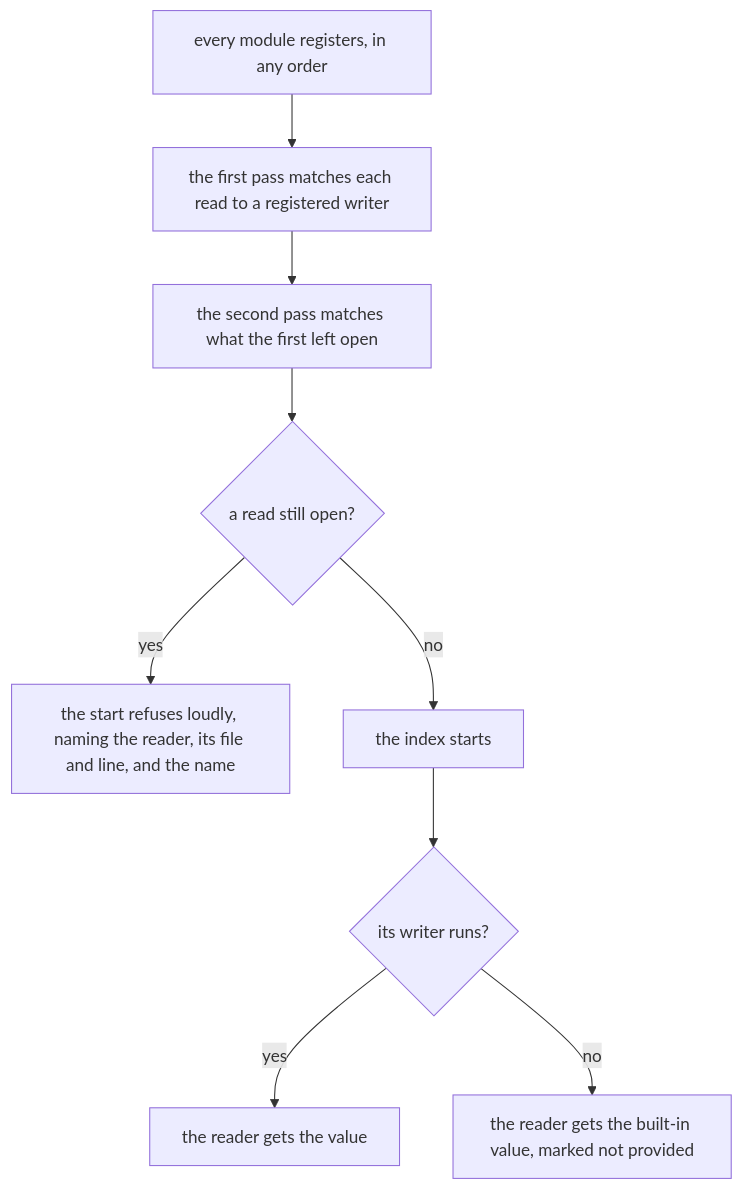
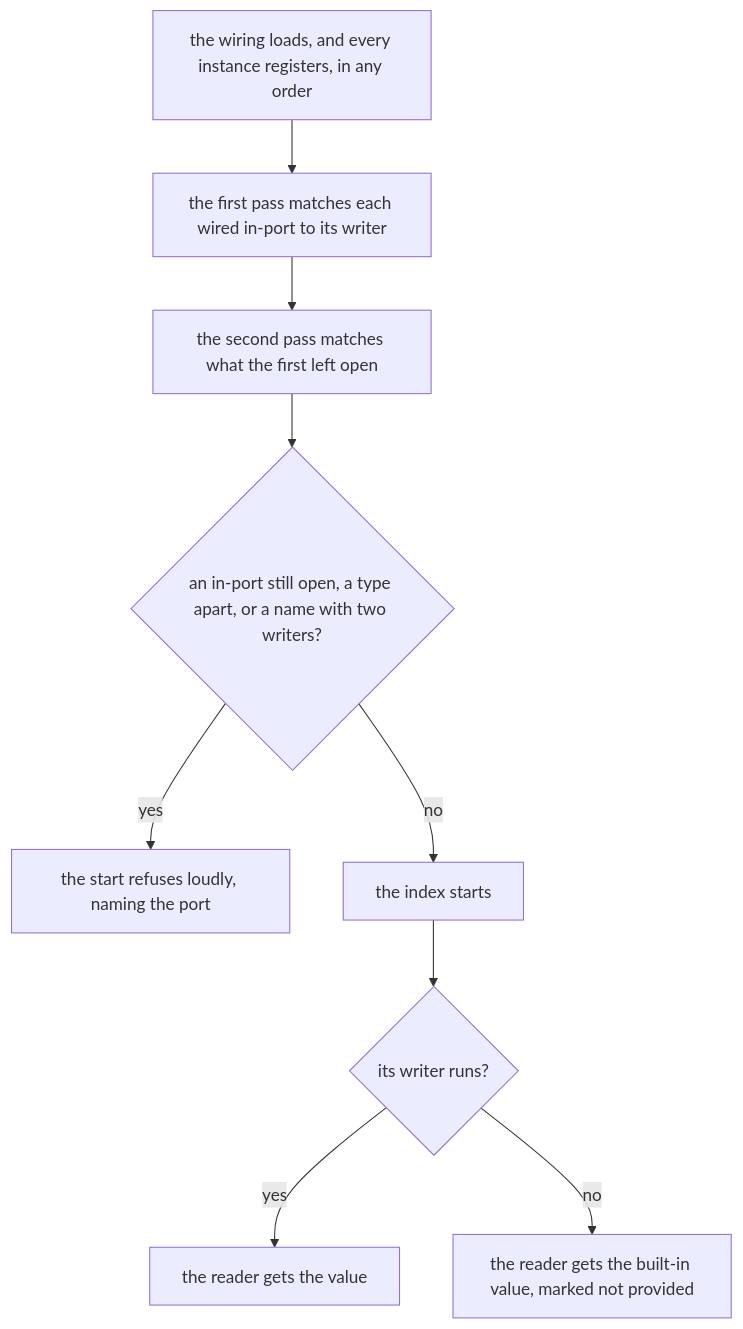
Before and after one commit to mb-89/quackitect: the fifth of 9 diagrams in spec/design_output/model.md, drawn with Mermaid. The commit also changed other lines of this file and 6 other files, not shown here.

First line of the commit message:
the-foundation-closes-its-gaps: a module declares local ports, and one wiring file binds them

````diff
--- a/spec/design_output/model.md
+++ b/spec/design_output/model.md
@@ -351,11 +396,11 @@
 ```mermaid
 flowchart TD
-  load["every module registers, in any order"] --> first["the first pass matches each read to a registered writer"]
+  load["the wiring loads, and every instance registers, in any order"] --> first["the first pass matches each wired in-port to its writer"]
   first --> second["the second pass matches what the first left open"]
-  second --> open{"a read still open?"}
-  open -- "yes" --> refuse["the start refuses loudly, naming the reader, its file and line, and the name"]
+  second --> open{"an in-port still open, a type apart, or a name with two writers?"}
+  open -- "yes" --> refuse["the start refuses loudly, naming the port"]
   open -- "no" --> start["the index starts"]
   start --> running{"its writer runs?"}
   running -- "yes" --> value["the reader gets the value"]
   running -- "no" --> fallback["the reader gets the built-in value, marked not provided"]
 ```
````
